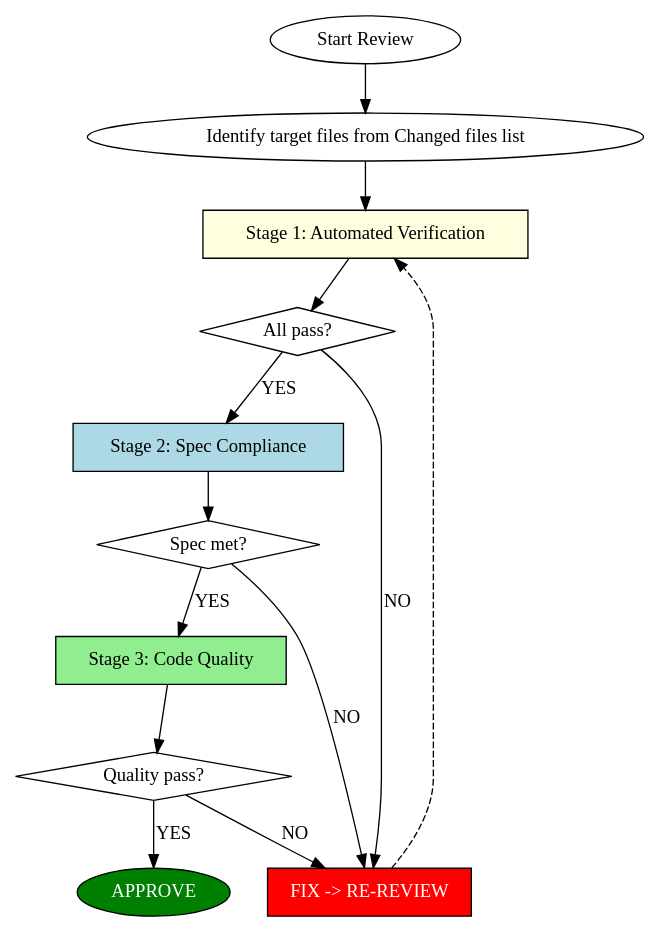
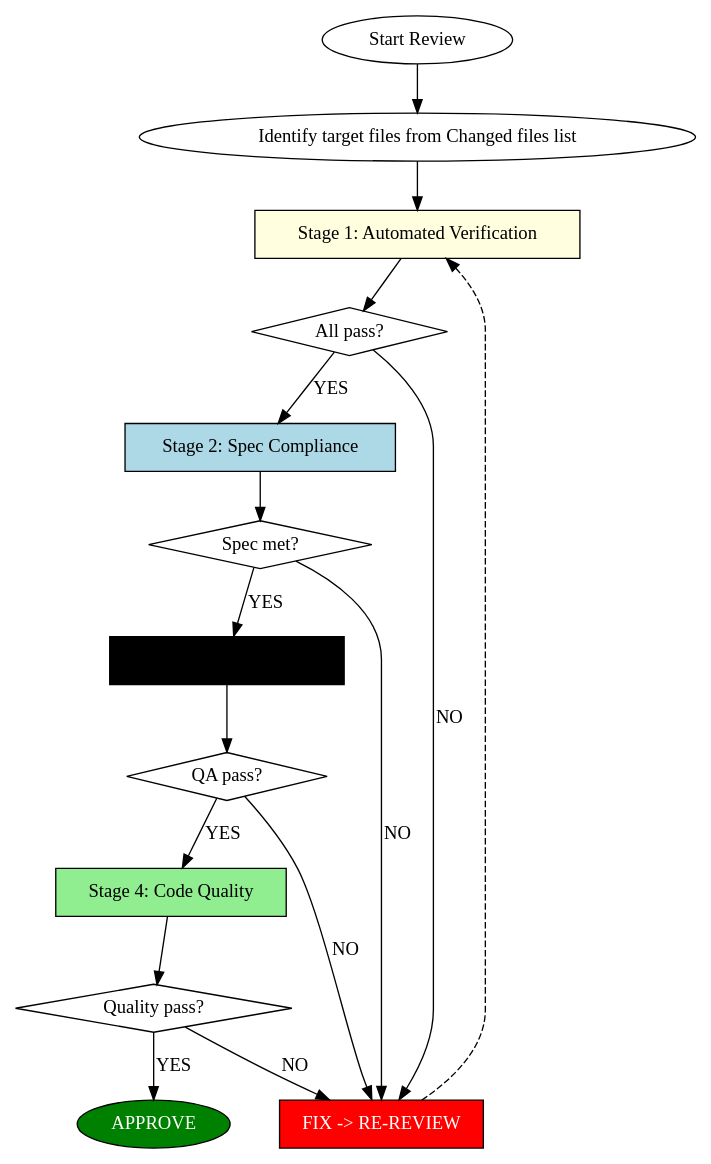
One commit to toongri/oh-my-toong-playground changed the diagram in skills/argus/SKILL.md. Above: the diagram before and after it, drawn with Graphviz. The commit also changed other lines of this file and 4 other files, not shown here.

Commit message:
docs: argus Hands-On QA Stage 추가 및 재번호

````diff
--- a/skills/argus/SKILL.md
+++ b/skills/argus/SKILL.md
@@ -24,27 +24,32 @@
 ```dot
 digraph review_stages {
     rankdir=TB;
 
     start [label="Start Review" shape=ellipse];
     diff [label="Identify target files from Changed files list"];
     stage1 [label="Stage 1: Automated Verification" shape=box style=filled fillcolor=lightyellow];
     verify_pass [label="All pass?" shape=diamond];
     stage2 [label="Stage 2: Spec Compliance" shape=box style=filled fillcolor=lightblue];
     spec_pass [label="Spec met?" shape=diamond];
-    stage3 [label="Stage 3: Code Quality" shape=box style=filled fillcolor=lightgreen];
+    stage3 [label="Stage 3: Hands-On QA" shape=box style=filled fillcolor=lightorange];
+    handson_pass [label="QA pass?" shape=diamond];
+    stage4 [label="Stage 4: Code Quality" shape=box style=filled fillcolor=lightgreen];
     quality_pass [label="Quality pass?" shape=diamond];
     approve [label="APPROVE" shape=ellipse style=filled fillcolor=green fontcolor=white];
     fix [label="FIX -> RE-REVIEW" shape=box style=filled fillcolor=red fontcolor=white];
 
     start -> diff -> stage1 -> verify_pass;
     verify_pass -> fix [label="NO"];
     verify_pass -> stage2 [label="YES"];
     fix -> stage1 [style=dashed];
     stage2 -> spec_pass;
     spec_pass -> fix [label="NO"];
     spec_pass -> stage3 [label="YES"];
-    stage3 -> quality_pass;
+    stage3 -> handson_pass;
+    handson_pass -> fix [label="NO"];
+    handson_pass -> stage4 [label="YES"];
+    stage4 -> quality_pass;
     quality_pass -> fix [label="NO"];
     quality_pass -> approve [label="YES"];
 }
 ```
````
